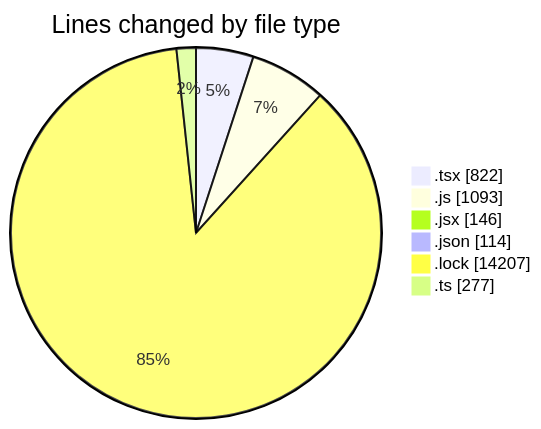
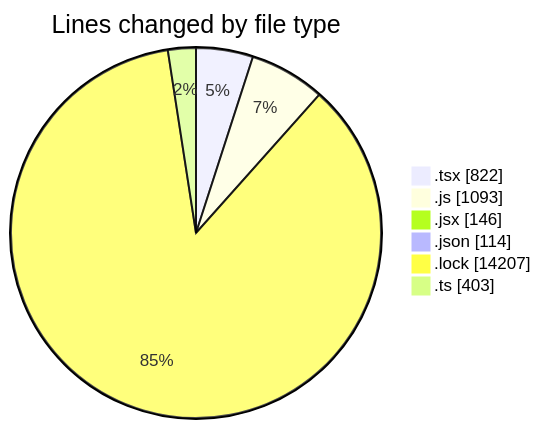
One commit to momahboobian/code-tracking changed the first of 2 diagrams in 2025-05-08/cda/README.md. Above: the diagram before and after it, drawn with Mermaid. The commit also changed other lines of this file and 1 other file, not shown here.

````diff
--- a/2025-05-08/cda/README.md
+++ b/2025-05-08/cda/README.md
@@ -37,10 +38,10 @@
 ```mermaid
 pie showData
 title Lines changed by file type
 ".tsx" : 822
 ".js" : 1093
 ".jsx" : 146
 ".json" : 114
 ".lock" : 14207
-".ts" : 277
+".ts" : 403
 ```
````
